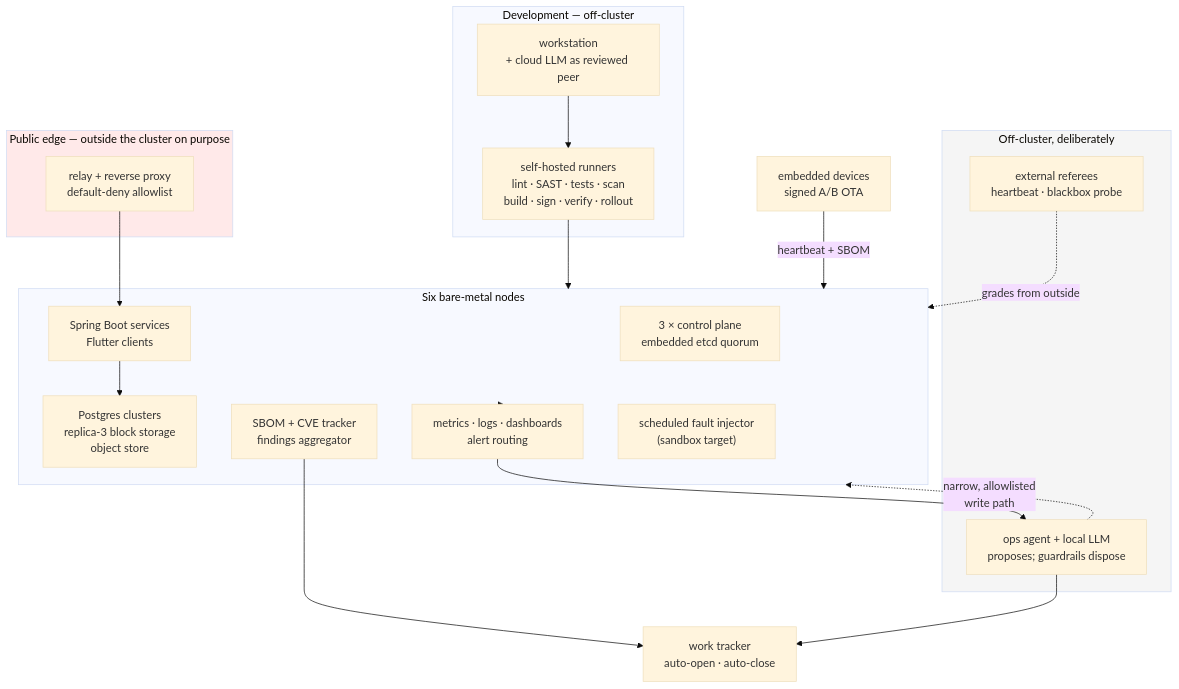
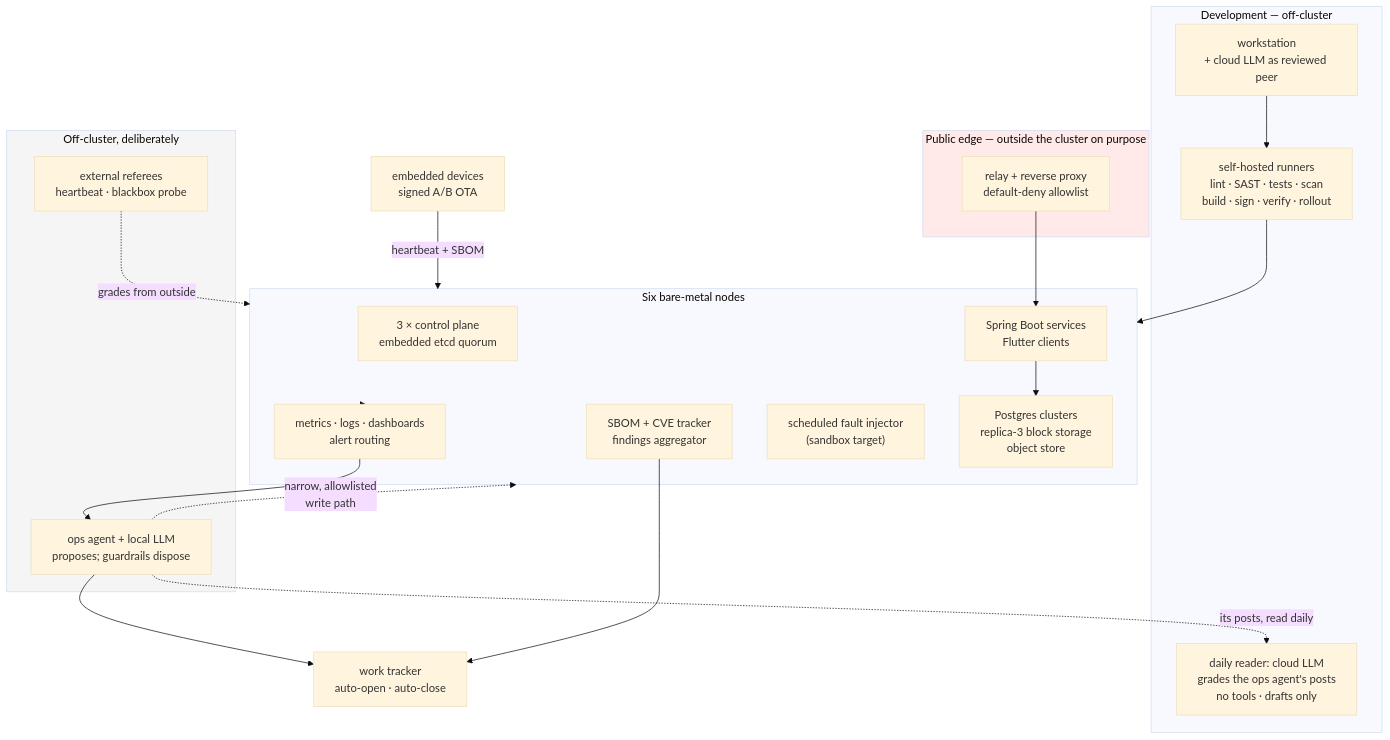
The diagram in docs/index.md (schultzzznet/schultzzznet), drawn with Mermaid (base theme) before and after one commit. The commit also changed other lines of this file and 4 other files, not shown here.

````diff
--- a/docs/index.md
+++ b/docs/index.md
@@ -232,41 +232,43 @@
 ```mermaid
 flowchart TB
   subgraph DEV["Development — off-cluster"]
     WS["workstation<br/>+ cloud LLM as reviewed peer"]
     CI["self-hosted runners<br/>lint · SAST · tests · scan<br/>build · sign · verify · rollout"]
+    RV["daily reader: cloud LLM<br/>grades the ops agent's posts<br/>no tools · drafts only"]
   end
 
   subgraph EDGE["Public edge — outside the cluster on purpose"]
     FUN["relay + reverse proxy<br/>default-deny allowlist"]
   end
 
   subgraph K3S["Six bare-metal nodes"]
     CP["3 × control plane<br/>embedded etcd quorum"]
     APPS["Spring Boot services<br/>Flutter clients"]
     DATA["Postgres clusters<br/>replica-3 block storage<br/>object store"]
     OBS["metrics · logs · dashboards<br/>alert routing"]
     SEC["SBOM + CVE tracker<br/>findings aggregator"]
     CHAOS["scheduled fault injector<br/>(sandbox target)"]
   end
 
   subgraph OFF["Off-cluster, deliberately"]
     AGENT["ops agent + local LLM<br/>proposes; guardrails dispose"]
     REF["external referees<br/>heartbeat · blackbox probe"]
   end
 
   DEV_DEVICES["embedded devices<br/>signed A/B OTA"]
 
   WS --> CI --> K3S
   FUN --> APPS
   DEV_DEVICES -->|"heartbeat + SBOM"| K3S
   APPS --> DATA
   K3S --> OBS
   OBS --> AGENT
   SEC --> TRACK["work tracker<br/>auto-open · auto-close"]
   AGENT --> TRACK
   AGENT -.->|"narrow, allowlisted<br/>write path"| K3S
+  AGENT -.->|"its posts, read daily"| RV
   REF -.->|"grades from outside"| K3S
 
   style OFF fill:#f5f5f5
   style EDGE fill:#ffe9e9
 ```
````
